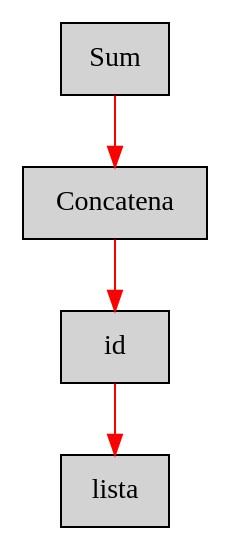
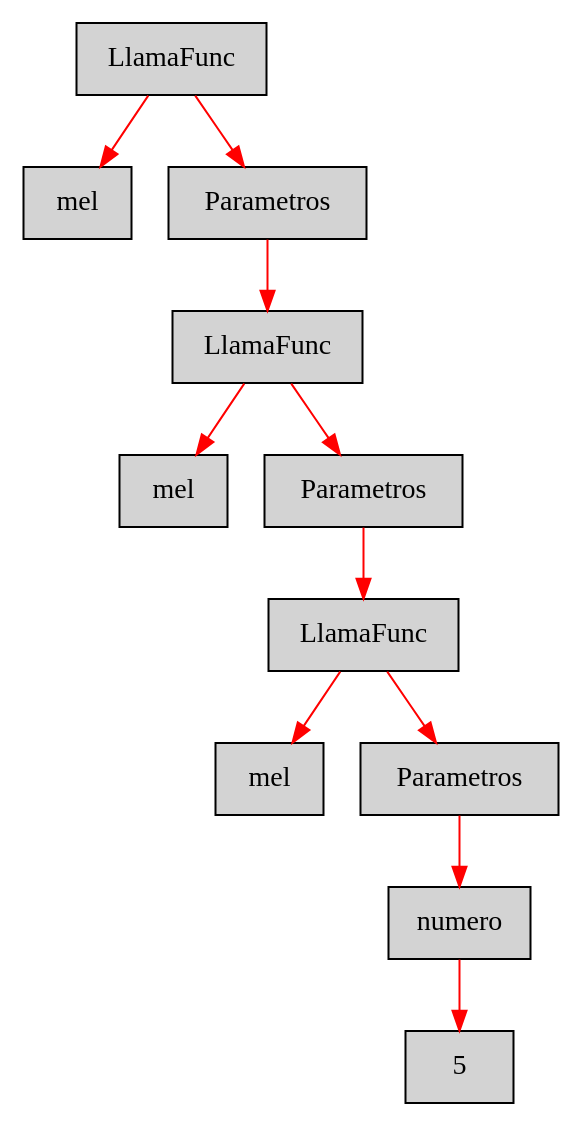
One commit to k12melissalima09sandoval/Proyecto changed the diagram in AstConsola.dot. Above: the diagram before and after it, drawn with Graphviz. The commit also changed 11 other files, not shown here.

```diff
--- a/AstConsola.dot
+++ b/AstConsola.dot
@@ -1,7 +1,14 @@
 digraph G {node[shape=box, style=filled]; edge[color=red]
-node438424779[label="Sum"];
- node438424779->node564724532;node564724532[label="Concatena"];
- node564724532->node1289068048;node1289068048[label="id"];
- node1289068048->node733328916;node733328916[label="lista"];
+node1059078174[label="LlamaFunc"];
+ node1059078174->node1087070454;node1087070454[label="mel"];
+ node1059078174->node1166778180;node1166778180[label="Parametros"];
+ node1166778180->node1409898833;node1409898833[label="LlamaFunc"];
+ node1409898833->node1762972542;node1762972542[label="mel"];
+ node1409898833->node1925436026;node1925436026[label="Parametros"];
+ node1925436026->node1806369497;node1806369497[label="LlamaFunc"];
+ node1806369497->node1979059500;node1979059500[label="mel"];
+ node1806369497->node976662479;node976662479[label="Parametros"];
+ node976662479->node1451948785;node1451948785[label="numero"];
+ node1451948785->node1703188275;node1703188275[label="5"];
 
 }
```
